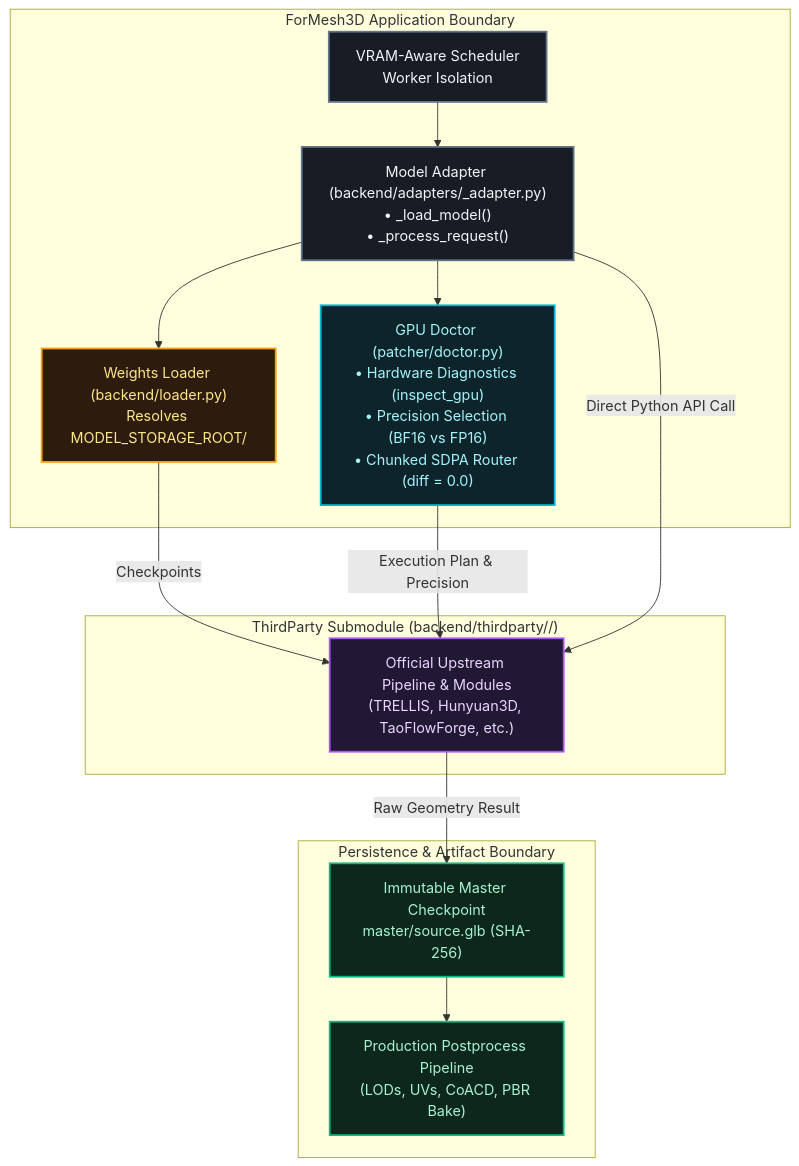
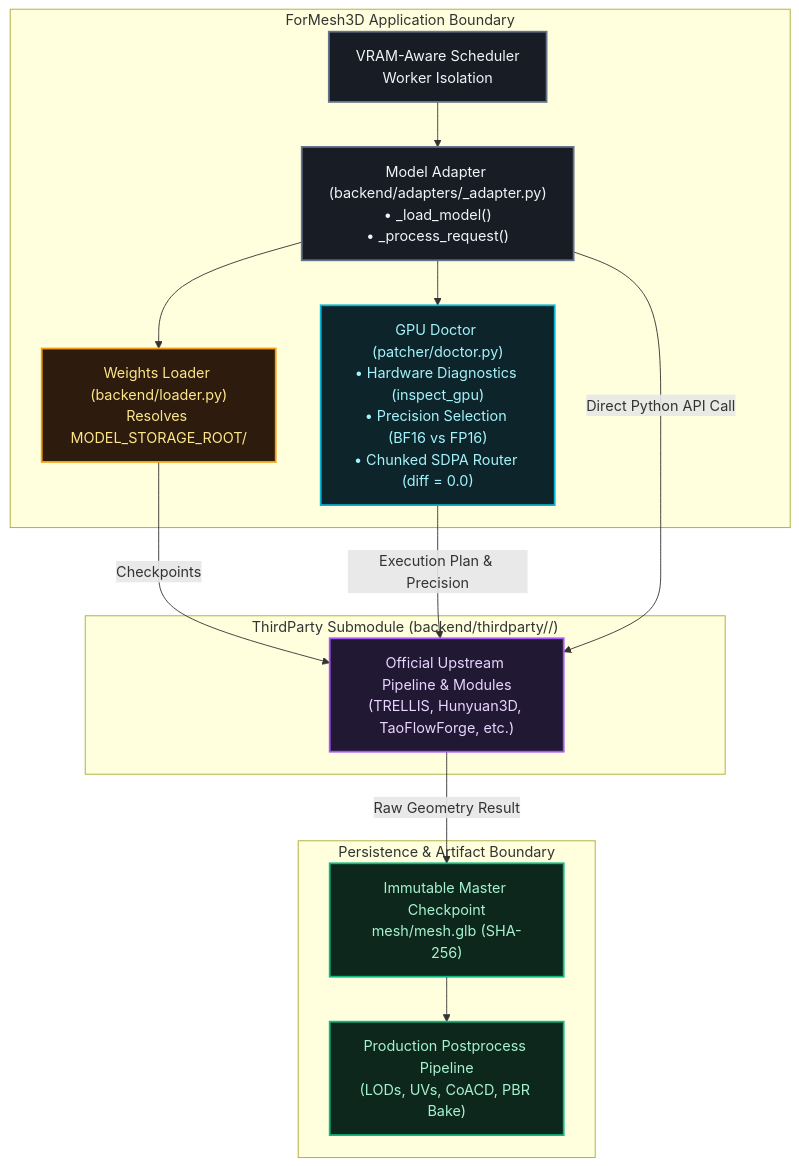
Before and after one commit to Silentzx2/ForMesh3D-ThirdParty: the diagram in README.md, drawn with Mermaid.

Commit message:
fix: update storage path reference master/source.glb → mesh/mesh.glb

````diff
--- a/README.md
+++ b/README.md
@@ -37,34 +37,34 @@
 ```mermaid
 flowchart TD
     %% Styling Definitions
     classDef main fill:#181c24,stroke:#64748b,stroke-width:2px,color:#f1f5f9;
     classDef doctor fill:#0d242a,stroke:#06b6d4,stroke-width:2px,color:#a5f3fc;
     classDef thirdparty fill:#211833,stroke:#a855f7,stroke-width:2px,color:#e9d5ff;
     classDef weights fill:#2d1b0d,stroke:#f59e0b,stroke-width:2px,color:#fde68a;
     classDef output fill:#0d271c,stroke:#10b981,stroke-width:2px,color:#a7f3d0;
 
     subgraph MainRepo ["ForMesh3D Application Boundary"]
         SCHED["VRAM-Aware Scheduler<br/>Worker Isolation"]:::main
         ADAPTER["Model Adapter (backend/adapters/<model>_adapter.py)<br/>• _load_model()<br/>• _process_request()"]:::main
         DOCTOR["GPU Doctor (patcher/doctor.py)<br/>• Hardware Diagnostics (inspect_gpu)<br/>• Precision Selection (BF16 vs FP16)<br/>• Chunked SDPA Router (diff = 0.0)"]:::doctor
         LOADER["Weights Loader (backend/loader.py)<br/>Resolves MODEL_STORAGE_ROOT/<model_key>"]:::weights
     end
 
     subgraph ThirdPartySubmodule ["ThirdParty Submodule (backend/thirdparty/<model>/)"]
         MODEL_SRC["Official Upstream Pipeline & Modules<br/>(TRELLIS, Hunyuan3D, TaoFlowForge, etc.)"]:::thirdparty
     end
 
     subgraph OutputBoundary ["Persistence & Artifact Boundary"]
-        MASTER["Immutable Master Checkpoint<br/>master/source.glb (SHA-256)"]:::output
+        MASTER["Immutable Master Checkpoint<br/>mesh/mesh.glb (SHA-256)"]:::output
         POST["Production Postprocess Pipeline<br/>(LODs, UVs, CoACD, PBR Bake)"]:::output
     end
 
     SCHED --> ADAPTER
     ADAPTER --> DOCTOR
     ADAPTER --> LOADER
     LOADER -->|Checkpoints| MODEL_SRC
     DOCTOR -->|Execution Plan & Precision| MODEL_SRC
     ADAPTER -->|Direct Python API Call| MODEL_SRC
     MODEL_SRC -->|Raw Geometry Result| MASTER
     MASTER --> POST
 ```
````
